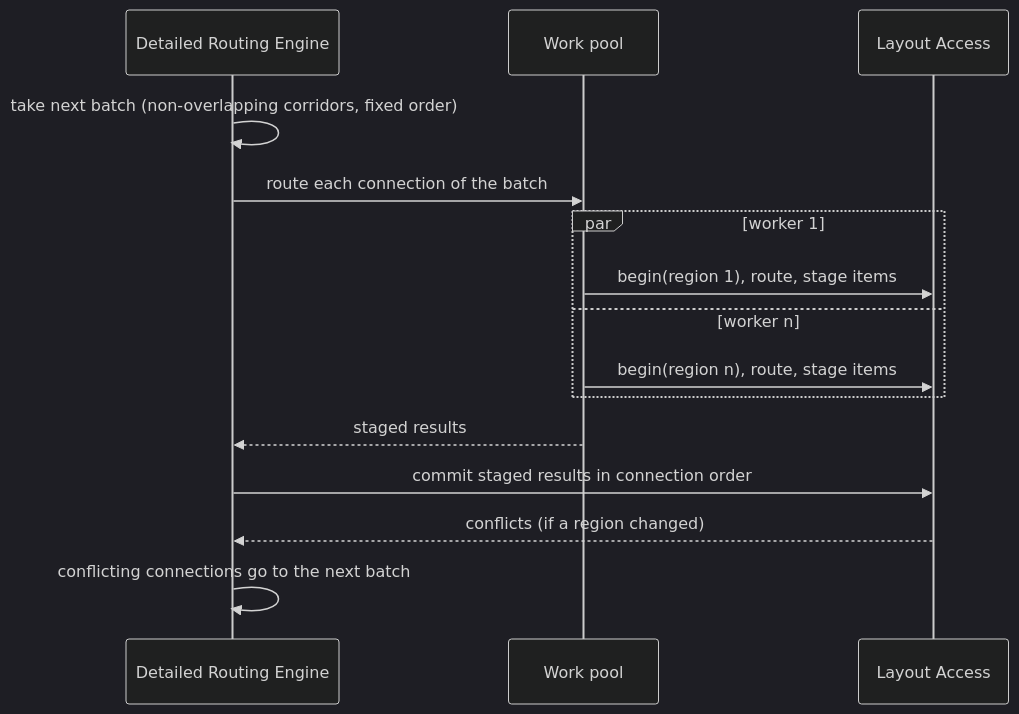
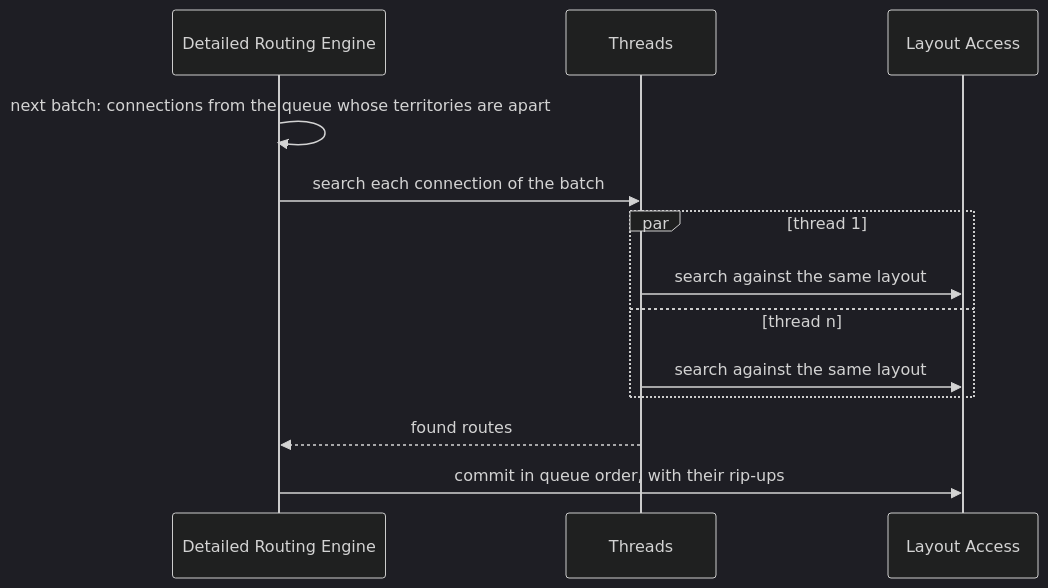
One commit to h3ll5ur7er/fastrouting changed the diagram in docs/Architecture/Parallelism-and-GPU.md. Above: the diagram before and after it, drawn with Mermaid (dark theme). The commit also changed other lines of this file and 22 other files, not shown here.

````diff
--- a/docs/Architecture/Parallelism-and-GPU.md
+++ b/docs/Architecture/Parallelism-and-GPU.md
@@ -30,17 +32,15 @@
 ```mermaid
 sequenceDiagram
   participant D as Detailed Routing Engine
-  participant W as Work pool
+  participant W as Threads
   participant L as Layout Access
-  D->>D: take next batch (non-overlapping corridors, fixed order)
-  D->>W: route each connection of the batch
-  par worker 1
-    W->>L: begin(region 1), route, stage items
-  and worker n
-    W->>L: begin(region n), route, stage items
+  D->>D: next batch: connections from the queue whose territories are apart
+  D->>W: search each connection of the batch
+  par thread 1
+    W->>L: search against the same layout
+  and thread n
+    W->>L: search against the same layout
   end
-  W-->>D: staged results
-  D->>L: commit staged results in connection order
-  L-->>D: conflicts (if a region changed)
-  D->>D: conflicting connections go to the next batch
+  W-->>D: found routes
+  D->>L: commit in queue order, with their rip-ups
 ```
````
